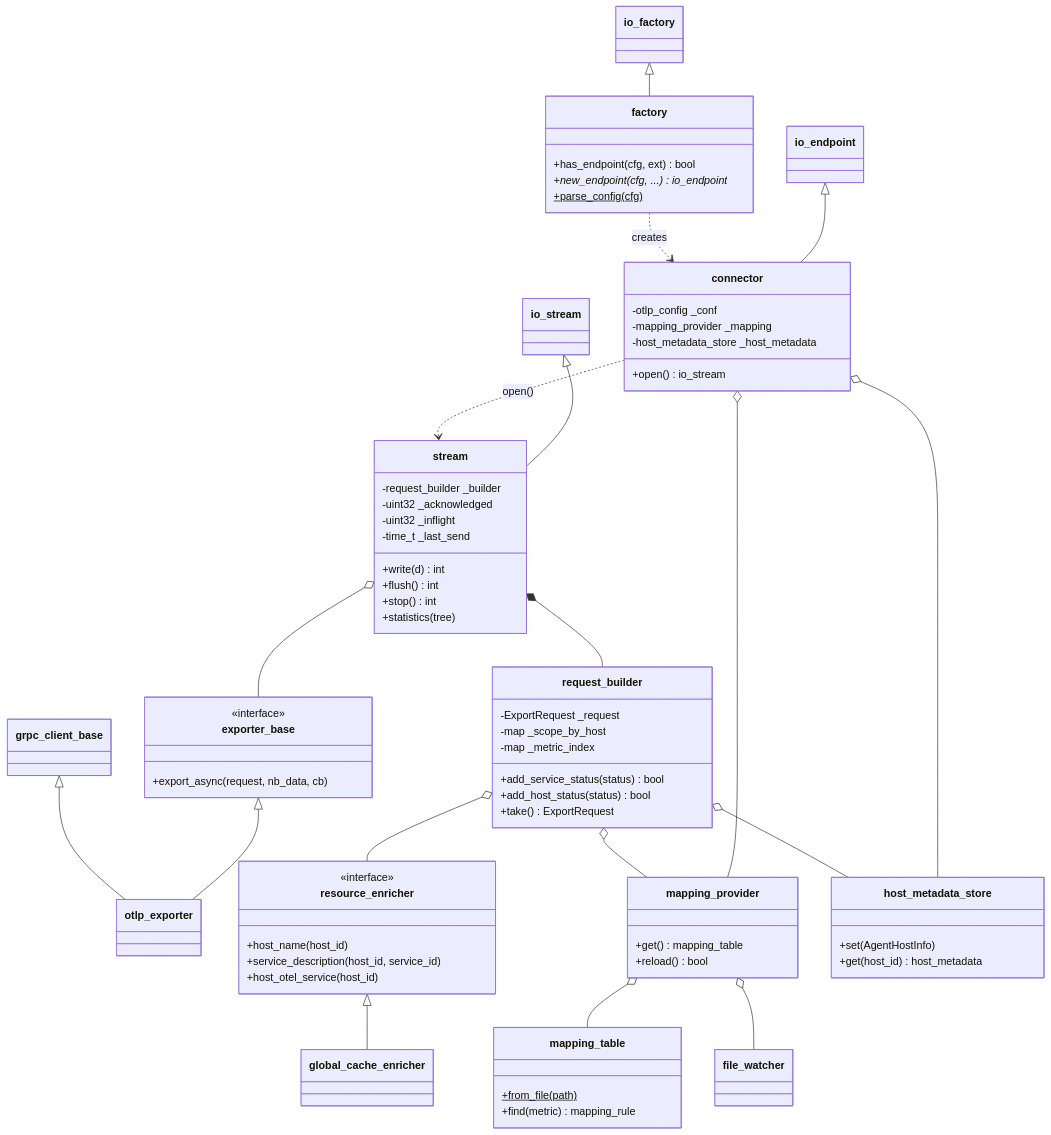
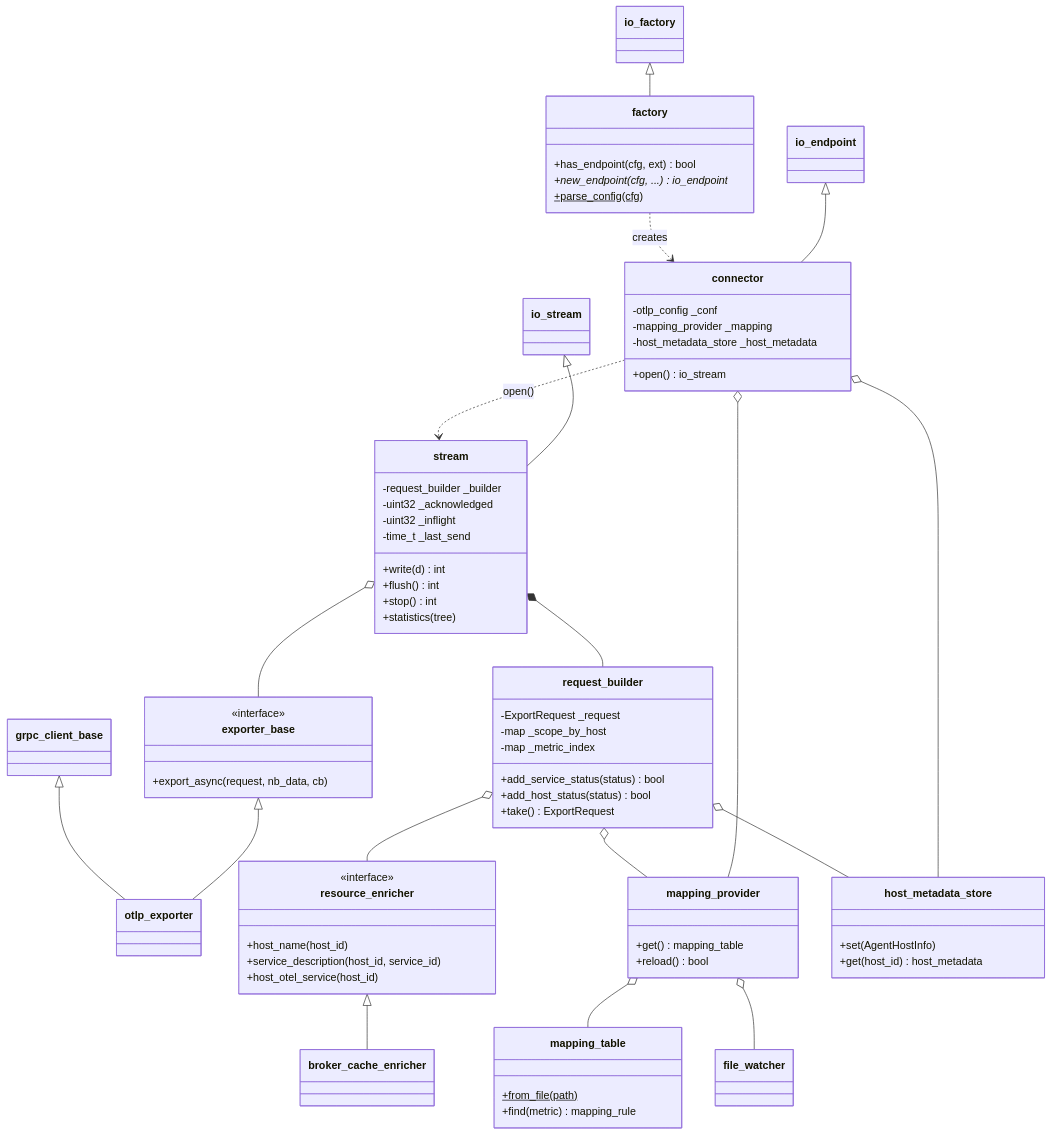
Before and after one commit to centreon/centreon-collect: the second of 5 diagrams in broker/doc/doc-otlp.md, drawn with Mermaid. The commit also changed other lines of this file and 3 other files, not shown here.

First line of the commit message:
docs(broker): broker_cache replaces the global cache in the documentation

````diff
--- a/broker/doc/doc-otlp.md
+++ b/broker/doc/doc-otlp.md
@@ -90,79 +89,79 @@
 ```mermaid
 classDiagram
     class io_factory
     class io_endpoint
     class io_stream
     class grpc_client_base
     class factory {
       +has_endpoint(cfg, ext) bool
       +new_endpoint(cfg, ...) io_endpoint*
       +parse_config(cfg)$
     }
     class connector {
       -otlp_config _conf
       -mapping_provider _mapping
       -host_metadata_store _host_metadata
       +open() io_stream
     }
     class stream {
       -request_builder _builder
       -uint32 _acknowledged
       -uint32 _inflight
       -time_t _last_send
       +write(d) int
       +flush() int
       +stop() int
       +statistics(tree)
     }
     class request_builder {
       -ExportRequest _request
       -map _scope_by_host
       -map _metric_index
       +add_service_status(status) bool
       +add_host_status(status) bool
       +take() ExportRequest
     }
     class exporter_base {
       <<interface>>
       +export_async(request, nb_data, cb)
     }
     class otlp_exporter
     class resource_enricher {
       <<interface>>
       +host_name(host_id)
       +service_description(host_id, service_id)
       +host_otel_service(host_id)
     }
-    class global_cache_enricher
+    class broker_cache_enricher
     class mapping_provider {
       +get() mapping_table
       +reload() bool
     }
     class mapping_table {
       +from_file(path)$
       +find(metric) mapping_rule
     }
     class host_metadata_store {
       +set(AgentHostInfo)
       +get(host_id) host_metadata
     }
     class file_watcher
 
     io_factory <|-- factory
     io_endpoint <|-- connector
     io_stream <|-- stream
     exporter_base <|-- otlp_exporter
     grpc_client_base <|-- otlp_exporter
-    resource_enricher <|-- global_cache_enricher
+    resource_enricher <|-- broker_cache_enricher
     factory ..> connector : creates
     connector ..> stream : open()
     connector o-- mapping_provider
     connector o-- host_metadata_store
     stream *-- request_builder
     stream o-- exporter_base
     request_builder o-- resource_enricher
     request_builder o-- mapping_provider
     request_builder o-- host_metadata_store
     mapping_provider o-- mapping_table
     mapping_provider o-- file_watcher
 ```
````
